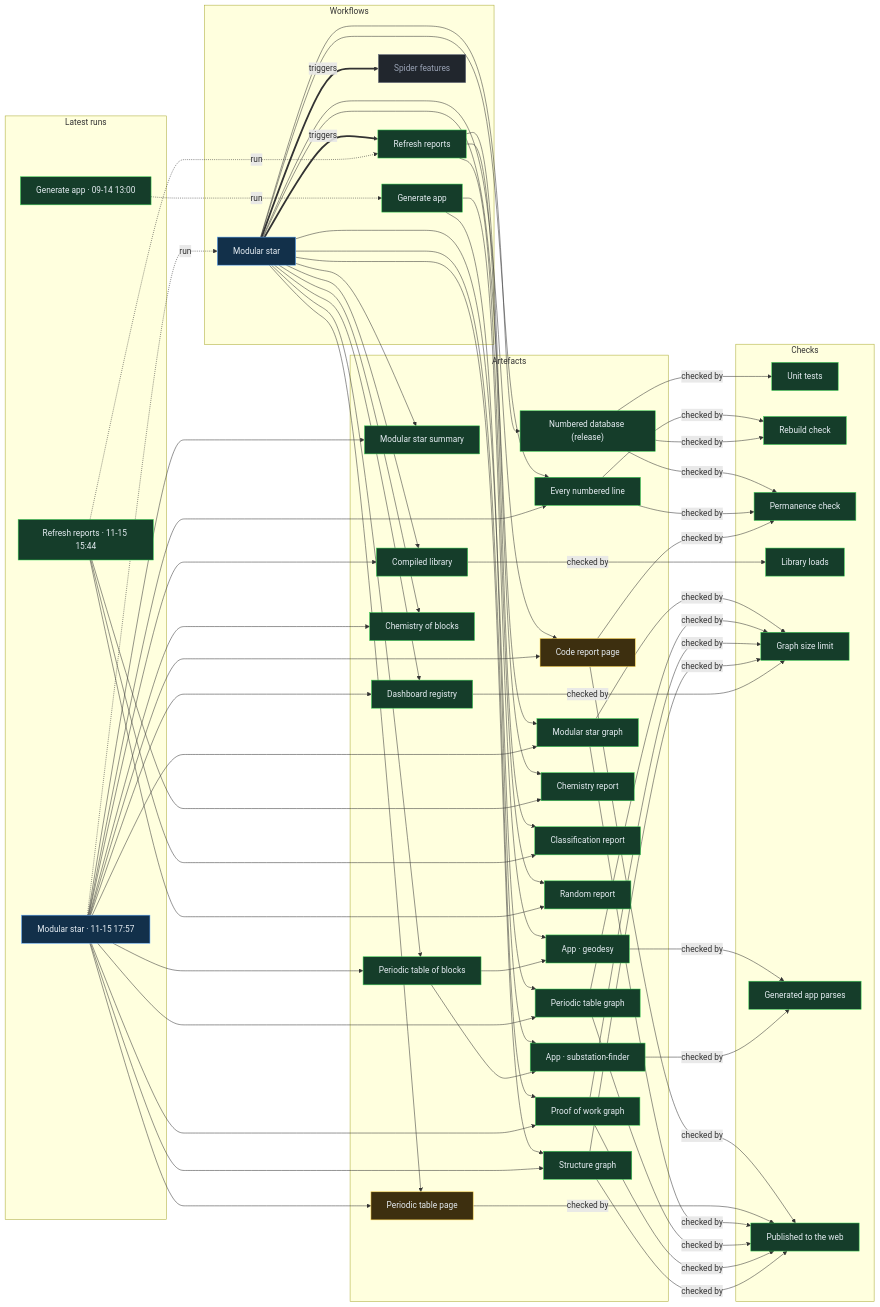
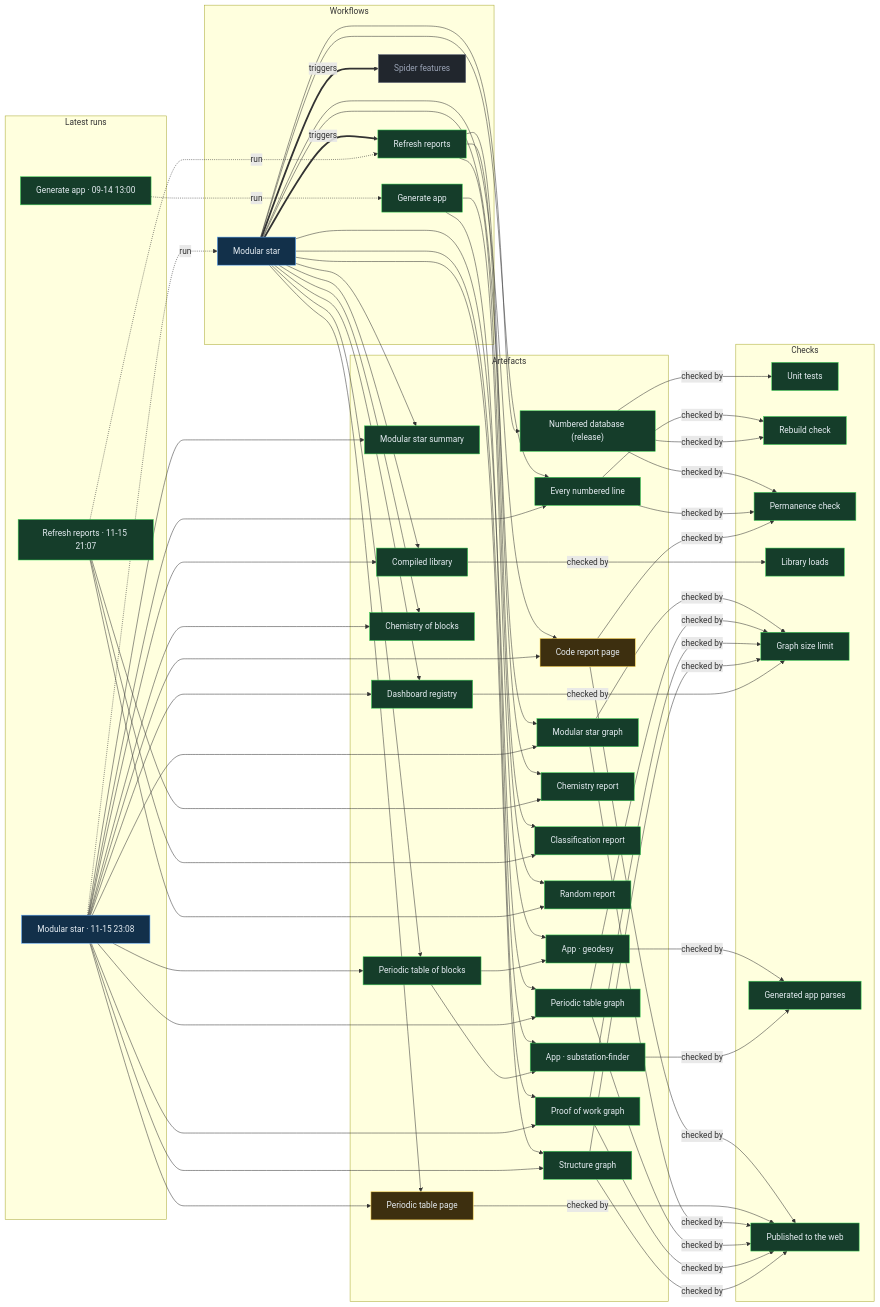
One commit to Ventusltd/stars changed the diagram in proof/PROOF.md. Above: the diagram before and after it, drawn with Mermaid. The commit also changed other lines of this file and 167 other files, not shown here.

Commit message:
Modular star 2026-11-15T23:11Z

```diff
--- a/proof/PROOF.md
+++ b/proof/PROOF.md
@@ -24,8 +24,8 @@
   n_wf_spider_features["Spider features"]:::off
   end
   subgraph g_runs["Latest runs"]
-  n_run_43743989655["Modular star · 11-15 17:57"]:::live
-  n_run_43731530469["Refresh reports · 11-15 15:44"]:::ok
+  n_run_43773155618["Modular star · 11-15 23:08"]:::live
+  n_run_43761858898["Refresh reports · 11-15 21:07"]:::ok
   n_run_34846587798["Generate app · 09-14 13:00"]:::ok
   end
   subgraph g_artefacts["Artefacts"]
@@ -59,39 +59,39 @@
   end
   n_wf_modular_star == triggers ==> n_wf_refresh
   n_wf_modular_star == triggers ==> n_wf_spider_features
-  n_run_43743989655 -. run .-> n_wf_modular_star
-  n_run_43731530469 -. run .-> n_wf_refresh
+  n_run_43773155618 -. run .-> n_wf_modular_star
+  n_run_43761858898 -. run .-> n_wf_refresh
   n_run_34846587798 -. run .-> n_wf_generate
   n_wf_modular_star --> n_art_summary
-  n_run_43743989655 --> n_art_summary
+  n_run_43773155618 --> n_art_summary
   n_wf_modular_star --> n_art_lines
-  n_run_43743989655 --> n_art_lines
+  n_run_43773155618 --> n_art_lines
   n_wf_modular_star --> n_art_code
-  n_run_43743989655 --> n_art_code
+  n_run_43773155618 --> n_art_code
   n_wf_modular_star --> n_art_modular_graph
-  n_run_43743989655 --> n_art_modular_graph
+  n_run_43773155618 --> n_art_modular_graph
   n_wf_modular_star --> n_art_blocks
-  n_run_43743989655 --> n_art_blocks
+  n_run_43773155618 --> n_art_blocks
   n_wf_modular_star --> n_art_table
-  n_run_43743989655 --> n_art_table
+  n_run_43773155618 --> n_art_table
   n_wf_modular_star --> n_art_blocks_graph
-  n_run_43743989655 --> n_art_blocks_graph
+  n_run_43773155618 --> n_art_blocks_graph
   n_wf_modular_star --> n_art_reactions
-  n_run_43743989655 --> n_art_reactions
+  n_run_43773155618 --> n_art_reactions
   n_wf_modular_star --> n_art_library
-  n_run_43743989655 --> n_art_library
+  n_run_43773155618 --> n_art_library
   n_wf_modular_star --> n_art_features
-  n_run_43743989655 --> n_art_features
+  n_run_43773155618 --> n_art_features
   n_wf_modular_star --> n_art_proof
-  n_run_43743989655 --> n_art_proof
+  n_run_43773155618 --> n_art_proof
   n_wf_modular_star --> n_art_structure
-  n_run_43743989655 --> n_art_structure
+  n_run_43773155618 --> n_art_structure
   n_wf_refresh --> n_art_chemistry
-  n_run_43731530469 --> n_art_chemistry
+  n_run_43761858898 --> n_art_chemistry
   n_wf_refresh --> n_art_vedic
-  n_run_43731530469 --> n_art_vedic
+  n_run_43761858898 --> n_art_vedic
   n_wf_refresh --> n_art_random
-  n_run_43731530469 --> n_art_random
+  n_run_43761858898 --> n_art_random
   n_wf_modular_star --> n_art_release
   n_wf_generate --> n_app_geodesy
   n_art_blocks --> n_app_geodesy
```
